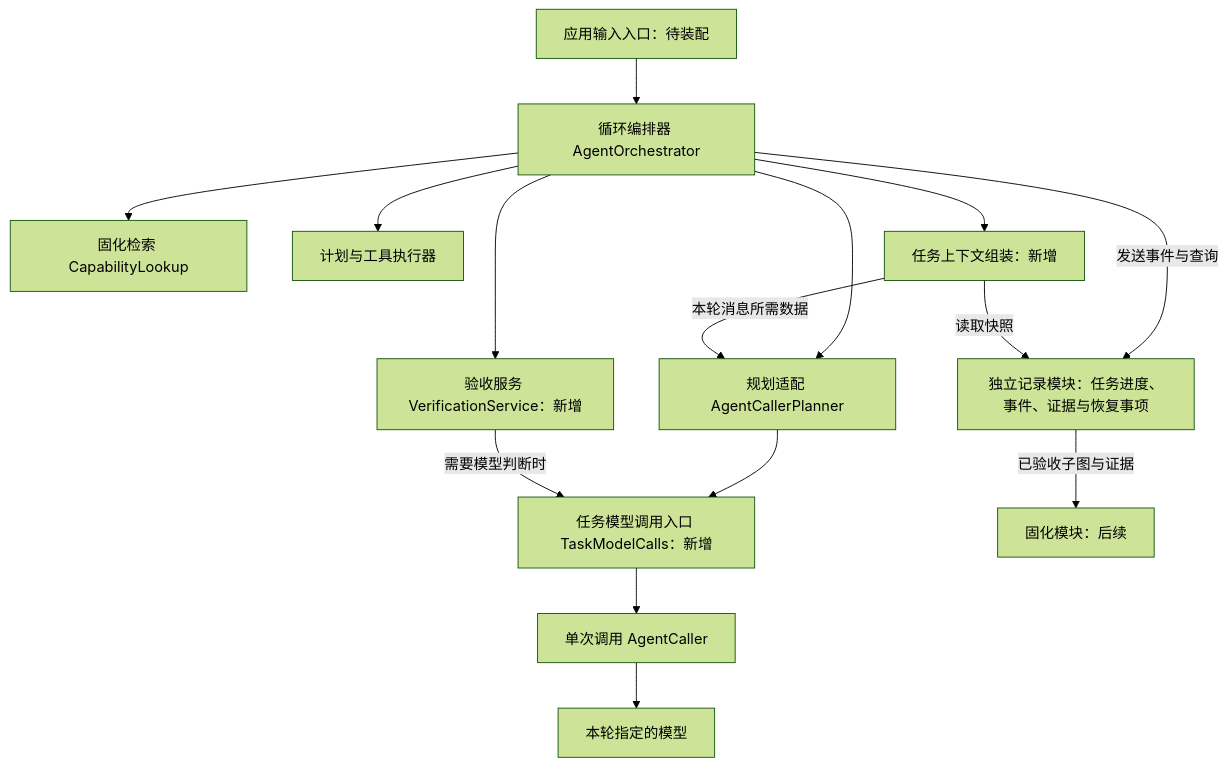
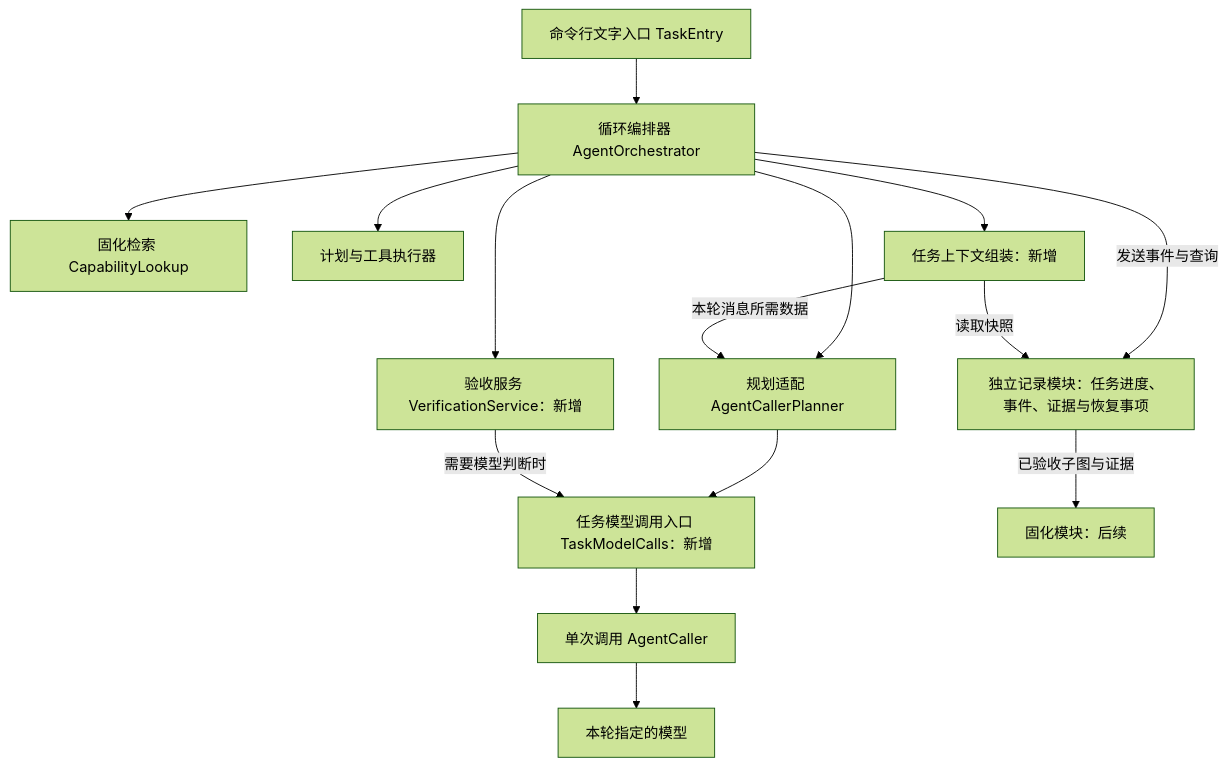
One commit to lingdehui/myhelper changed the diagram in docs/planned/26-任务验收进度与断点恢复设计.md. Above: the diagram before and after it, drawn with Mermaid (forest theme). The commit also changed other lines of this file and 33 other files, not shown here.

````diff
--- a/docs/planned/26-任务验收进度与断点恢复设计.md
+++ b/docs/planned/26-任务验收进度与断点恢复设计.md
@@ -125,17 +125,17 @@
 ```mermaid
 flowchart TD
-    I[应用输入入口：待装配] --> O[循环编排器 AgentOrchestrator]
+    I[命令行文字入口 TaskEntry] --> O[循环编排器 AgentOrchestrator]
     O --> C[固化检索 CapabilityLookup]
     O --> P[规划适配 AgentCallerPlanner]
     O --> V[验收服务 VerificationService：新增]
     P --> M[任务模型调用入口 TaskModelCalls：新增]
     V -->|需要模型判断时| M
     M --> A[单次调用 AgentCaller]
     A --> L[本轮指定的模型]
     O --> X[计划与工具执行器]
     O -->|发送事件与查询| S[独立记录模块：任务进度、事件、证据与恢复事项]
     O --> B
     B[任务上下文组装：新增] -->|读取快照| S
     B -->|本轮消息所需数据| P
     S -->|已验收子图与证据| K[固化模块：后续]
 ```
````
